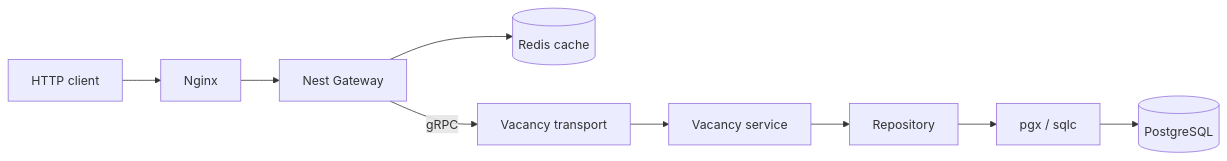
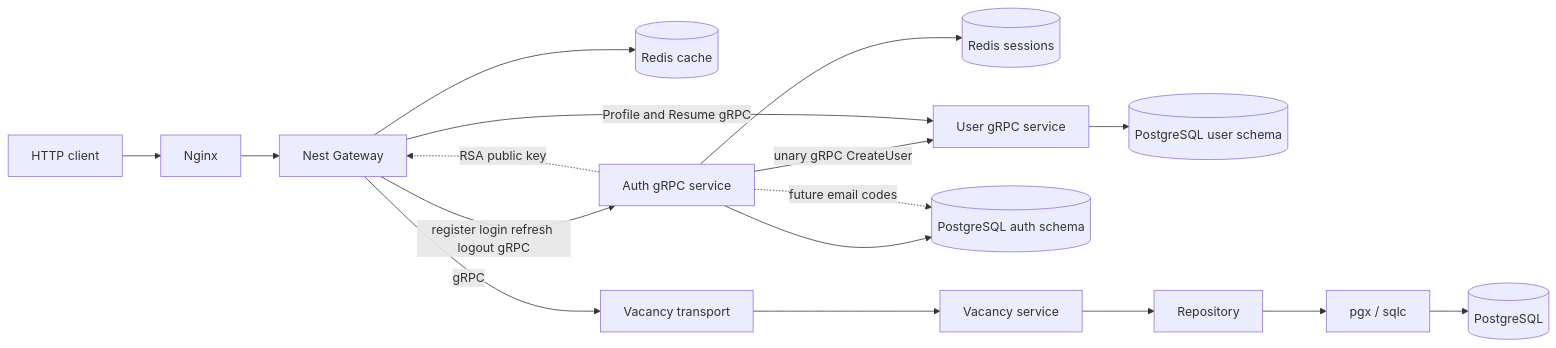
The diagram in README.md (AndreyPiganov/Job_Agregator), drawn with Mermaid before and after one commit. The commit also changed other lines of this file and 248 other files, not shown here.

````diff
--- a/README.md
+++ b/README.md
@@ -44,11 +53,19 @@
 ```mermaid
 flowchart LR
     Client[HTTP client] --> Nginx[Nginx]
     Nginx --> Gateway[Nest Gateway]
     Gateway --> Redis[(Redis cache)]
+    Gateway -->|register login refresh logout gRPC| Auth[Auth gRPC service]
+    Auth -. RSA public key .-> Gateway
+    Auth --> AuthRedis[(Redis sessions)]
+    Auth -->|unary gRPC CreateUser| UserService[User gRPC service]
+    Gateway -->|Profile and Resume gRPC| UserService
+    UserService --> UserDB[(PostgreSQL user schema)]
+    Auth --> AuthDB[(PostgreSQL auth schema)]
+    Auth -. future email codes .-> AuthDB
     Gateway -->|gRPC| Handler[Vacancy transport]
     Handler --> Service[Vacancy service]
     Service --> Repository[Repository]
     Repository --> SQLC[pgx / sqlc]
     SQLC --> PostgreSQL[(PostgreSQL)]
 ```
````
